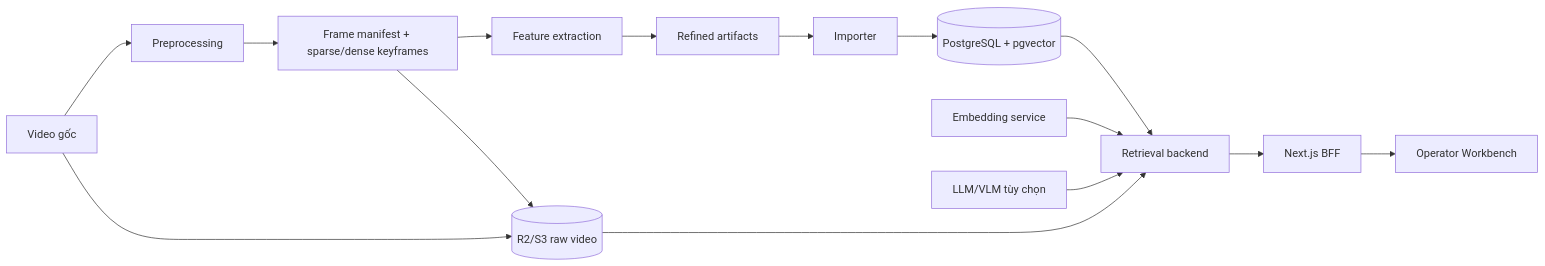
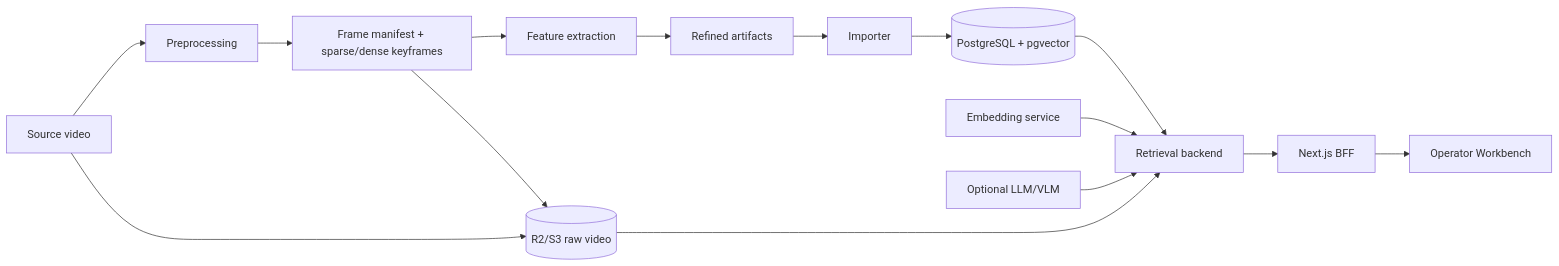
One commit to Hoaiduc195/aic2026 changed the diagram in README.md. Above: the diagram before and after it, drawn with Mermaid. The commit also changed other lines of this file and 14 other files, not shown here.

````diff
--- a/README.md
+++ b/README.md
@@ -30,17 +32,17 @@
 ```mermaid
 flowchart LR
-    A[Video gốc] --> B[Preprocessing]
+    A[Source video] --> B[Preprocessing]
     B --> C[Frame manifest + sparse/dense keyframes]
     C --> D[Feature extraction]
     D --> E[Refined artifacts]
     E --> F[Importer]
     F --> G[(PostgreSQL + pgvector)]
     A --> H[(R2/S3 raw video)]
     C --> H
     G --> I[Retrieval backend]
     H --> I
     J[Embedding service] --> I
-    K[LLM/VLM tùy chọn] --> I
+    K[Optional LLM/VLM] --> I
     I --> L[Next.js BFF]
     L --> M[Operator Workbench]
 ```
````
